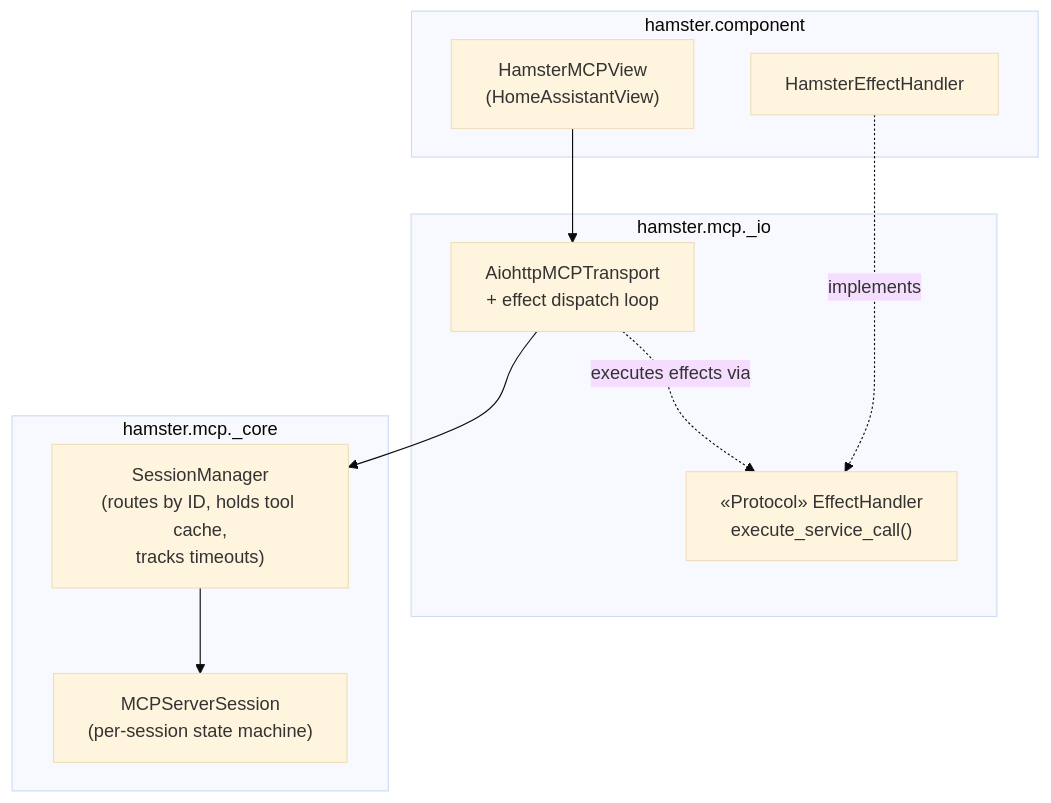
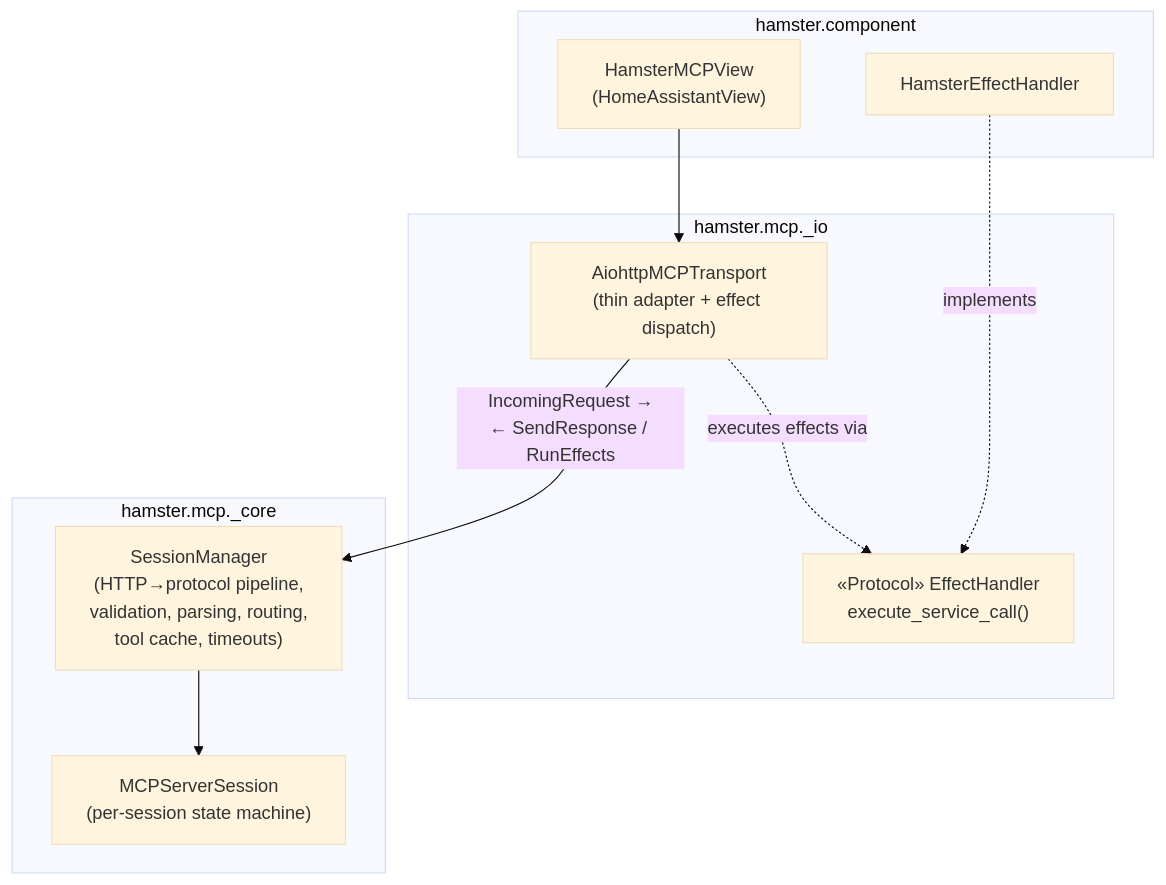
The second of 2 diagrams in docs/src/project/architecture.md (altendky/hamster-mcp), drawn with Mermaid (base theme) before and after one commit. The commit also changed other lines of this file and 5 other files, not shown here.

````diff
--- a/docs/src/project/architecture.md
+++ b/docs/src/project/architecture.md
@@ -151,23 +147,23 @@
 ```mermaid
 flowchart TB
     subgraph component["hamster.component"]
         view["HamsterMCPView\n(HomeAssistantView)"]
         handler["HamsterEffectHandler"]
     end
 
     subgraph io["hamster.mcp._io"]
-        transport["AiohttpMCPTransport\n+ effect dispatch loop"]
+        transport["AiohttpMCPTransport\n(thin adapter + effect dispatch)"]
         protocol["«Protocol» EffectHandler\nexecute_service_call()"]
     end
 
     subgraph core["hamster.mcp._core"]
-        manager["SessionManager\n(routes by ID, holds tool cache,\ntracks timeouts)"]
+        manager["SessionManager\n(HTTP→protocol pipeline,\nvalidation, parsing, routing,\ntool cache, timeouts)"]
         session["MCPServerSession\n(per-session state machine)"]
     end
 
     view --> transport
-    transport --> manager
+    transport -->|"IncomingRequest →\n← SendResponse / RunEffects"| manager
     manager --> session
     transport -.->|executes effects via| protocol
     handler -.->|implements| protocol
 ```
````
